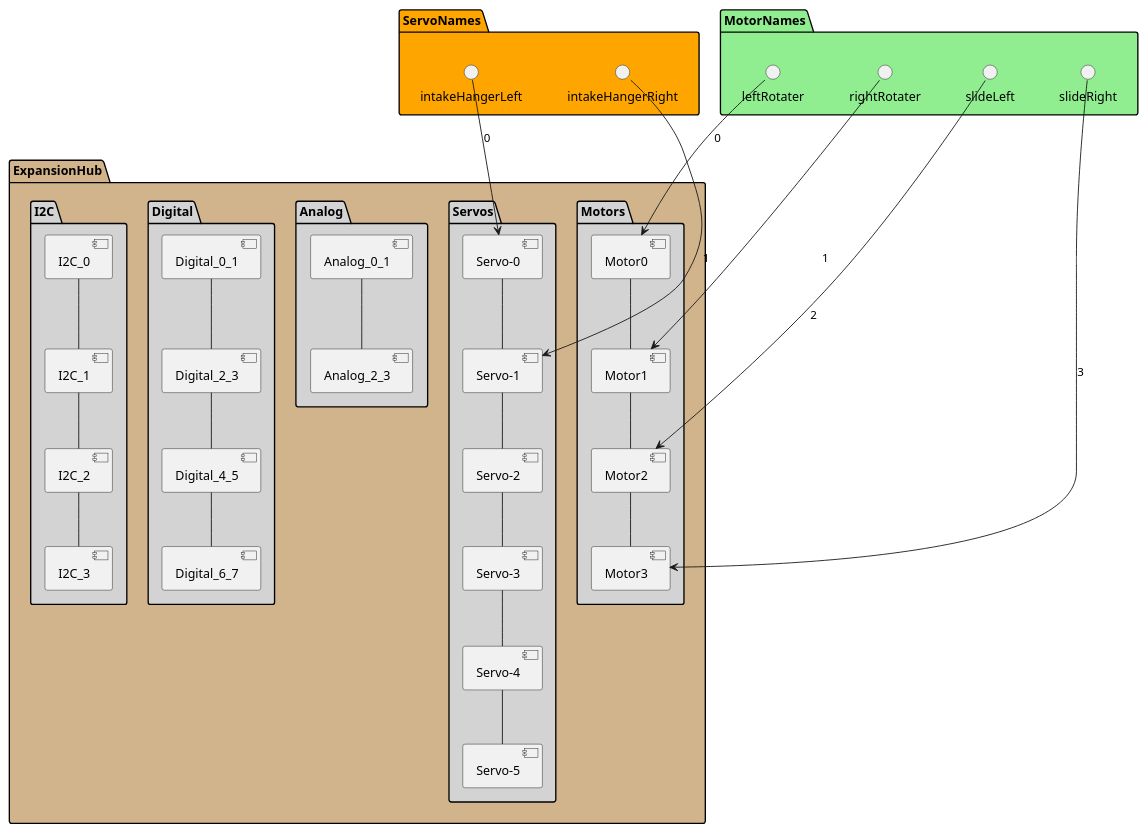
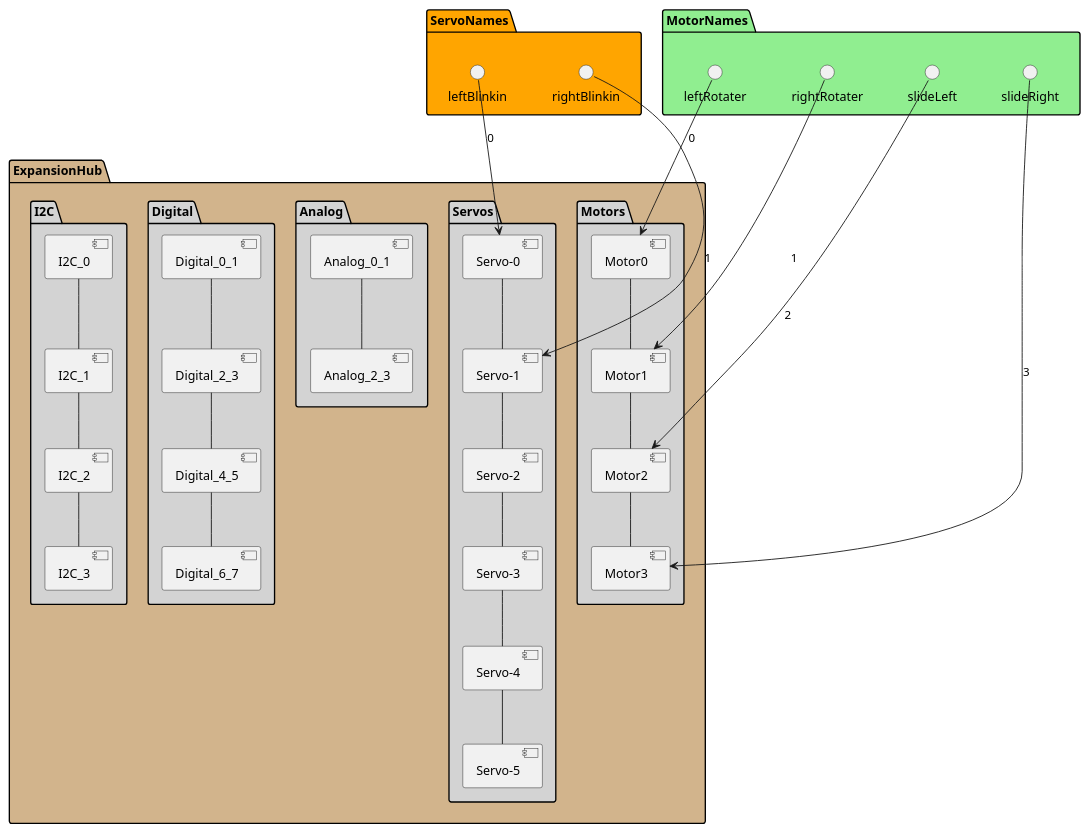
Before and after one commit to ShearForce-Software/ShearForce-Into-the-Deep-10.0: the diagram in TeamCode/src/main/java/org/firstinspires/ftc/teamcode/Geronimo/Diagrams/Configuration_ExpansionHub.puml, drawn with PlantUML. The commit also changed 5 other files, not shown here.

```diff
--- a/TeamCode/src/main/java/org/firstinspires/ftc/teamcode/Geronimo/Diagrams/Configuration_ExpansionHub.puml
+++ b/TeamCode/src/main/java/org/firstinspires/ftc/teamcode/Geronimo/Diagrams/Configuration_ExpansionHub.puml
@@ -1,49 +1,49 @@
 @startuml
 
 
 package ExpansionHub #Tan {
   package Motors #LightGrey {
     [Motor0] -- [Motor1]
     [Motor1] -- [Motor2]
     [Motor2] -- [Motor3]
   }
 
   package Servos #LightGrey {
    [Servo-0] -- [Servo-1]
    [Servo-1] -- [Servo-2]
    [Servo-2] -- [Servo-3]
    [Servo-3] -- [Servo-4]
    [Servo-4] -- [Servo-5]
   }
 
   package Analog #LightGrey {
    [Analog_0_1] -- [Analog_2_3]
   }
 
   package Digital #LightGrey {
    [Digital_0_1] -- [Digital_2_3]
    [Digital_2_3] -- [Digital_4_5]
    [Digital_4_5] -- [Digital_6_7]
   }
 
   package I2C #LightGrey {
    [I2C_0] -- [I2C_1]
    [I2C_1] -- [I2C_2]
    [I2C_2] -- [I2C_3]
 
   }
 }
 
 package ServoNames #Orange {
-  () "intakeHangerLeft" --> [Servo-0] : 0
-  () "intakeHangerRight" --> [Servo-1] : 1
+  () "leftBlinkin" --> [Servo-0] : 0
+  () "rightBlinkin" --> [Servo-1] : 1
 }
 package MotorNames #LightGreen {
   () "leftRotater" --> [Motor0] : 0
   () "rightRotater" --> [Motor1] : 1
   () "slideLeft" --> [Motor2] : 2
   () "slideRight" --> [Motor3] : 3
 }
 
 
 @enduml
```
